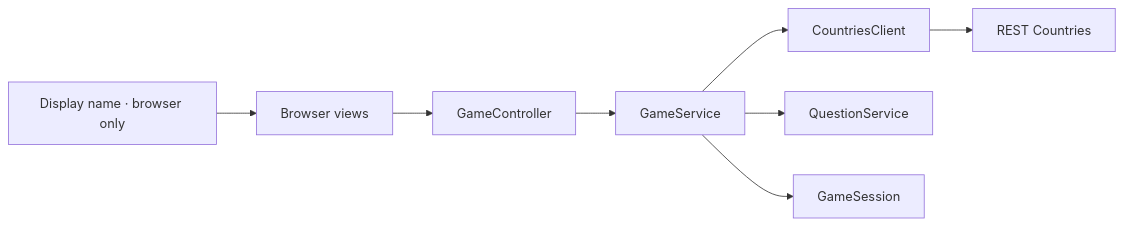
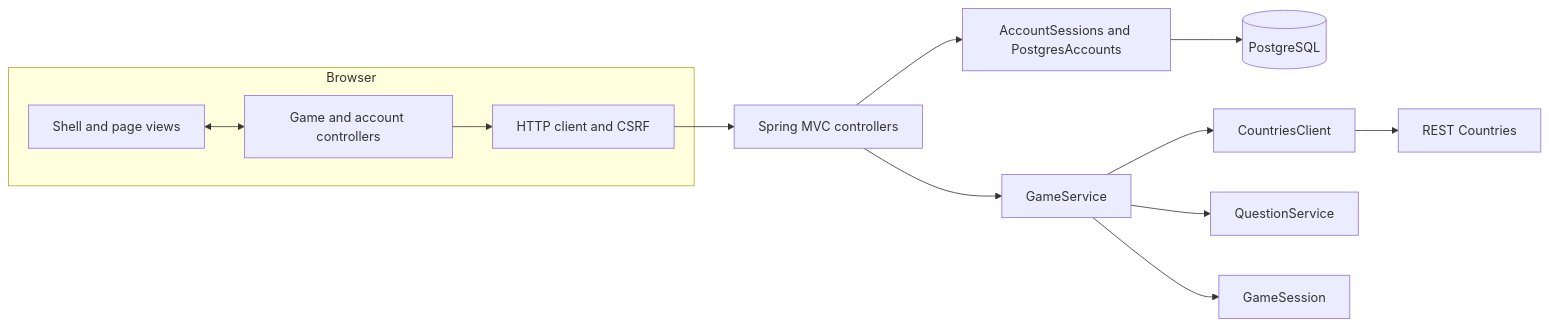
Before and after one commit to RaiBrs/GeoQuest: the diagram in README.md, drawn with Mermaid. The commit also changed other lines of this file, not shown here.

````diff
--- a/README.md
+++ b/README.md
@@ -216,10 +225,15 @@
 ```mermaid
 flowchart LR
-    Name[Display name · browser only] --> Views[Browser views]
-    Views --> Controller[GameController]
-    Controller --> Service[GameService]
+    subgraph Browser
+        Views[Shell and page views] <--> UI[Game and account controllers]
+        UI --> Client[HTTP client and CSRF]
+    end
+    Client --> MVC[Spring MVC controllers]
+    MVC --> Service[GameService]
+    MVC --> Accounts[AccountSessions and PostgresAccounts]
+    Accounts --> DB[(PostgreSQL)]
     Service --> Countries[CountriesClient]
     Countries --> API[REST Countries]
     Service --> Questions[QuestionService]
     Service --> Session[GameSession]
 ```
````
